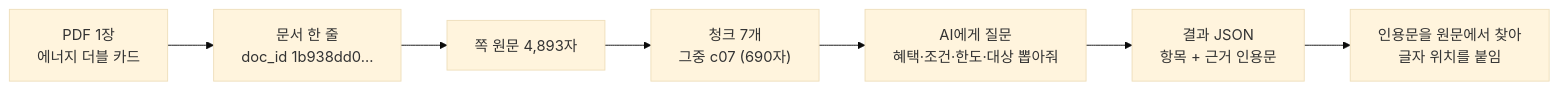
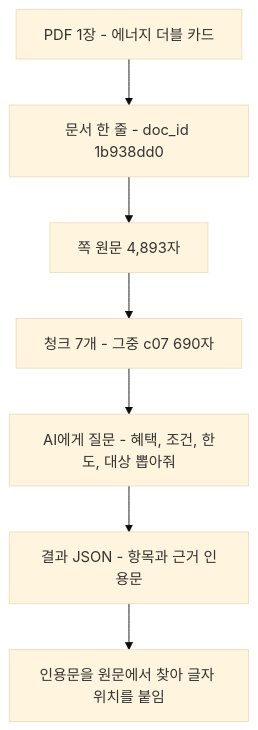
Before and after one commit to encore-ai-campus/mle-02-p2-team3: the diagram in docs/프로젝트-코드흐름-한건따라가기.md, drawn with Mermaid (base theme). The commit also changed 1 other file, not shown here.

Commit message:
docs: 코드 흐름 1~6단계 한 건 따라가기 추가, c07 문서 머메이드 수정

````diff
--- a/docs/프로젝트-코드흐름-한건따라가기.md
+++ b/docs/프로젝트-코드흐름-한건따라가기.md
@@ -11,9 +11,9 @@
 ```mermaid
-flowchart LR
-    A["PDF 1장<br/>에너지 더블 카드"] --> B["문서 한 줄<br/>doc_id 1b938dd0…"]
+flowchart TD
+    A["PDF 1장 - 에너지 더블 카드"] --> B["문서 한 줄 - doc_id 1b938dd0"]
     B --> C["쪽 원문 4,893자"]
-    C --> D["청크 7개<br/>그중 c07 (690자)"]
-    D --> E["AI에게 질문<br/>혜택·조건·한도·대상 뽑아줘"]
-    E --> F["결과 JSON<br/>항목 + 근거 인용문"]
-    F --> G["인용문을 원문에서 찾아<br/>글자 위치를 붙임"]
+    C --> D["청크 7개 - 그중 c07 690자"]
+    D --> E["AI에게 질문 - 혜택, 조건, 한도, 대상 뽑아줘"]
+    E --> F["결과 JSON - 항목과 근거 인용문"]
+    F --> G["인용문을 원문에서 찾아 글자 위치를 붙임"]
 ```
````
